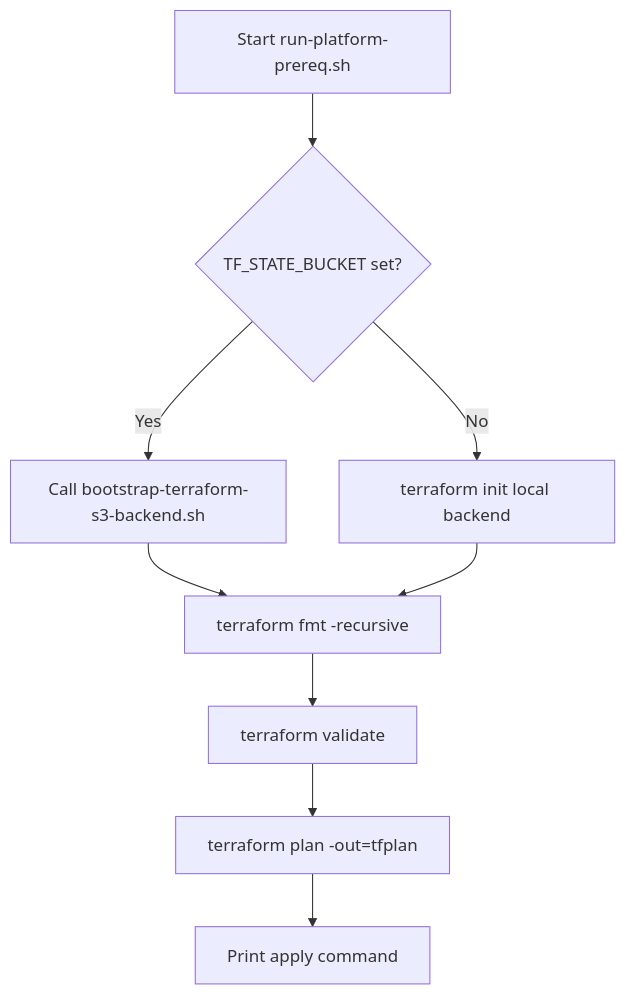
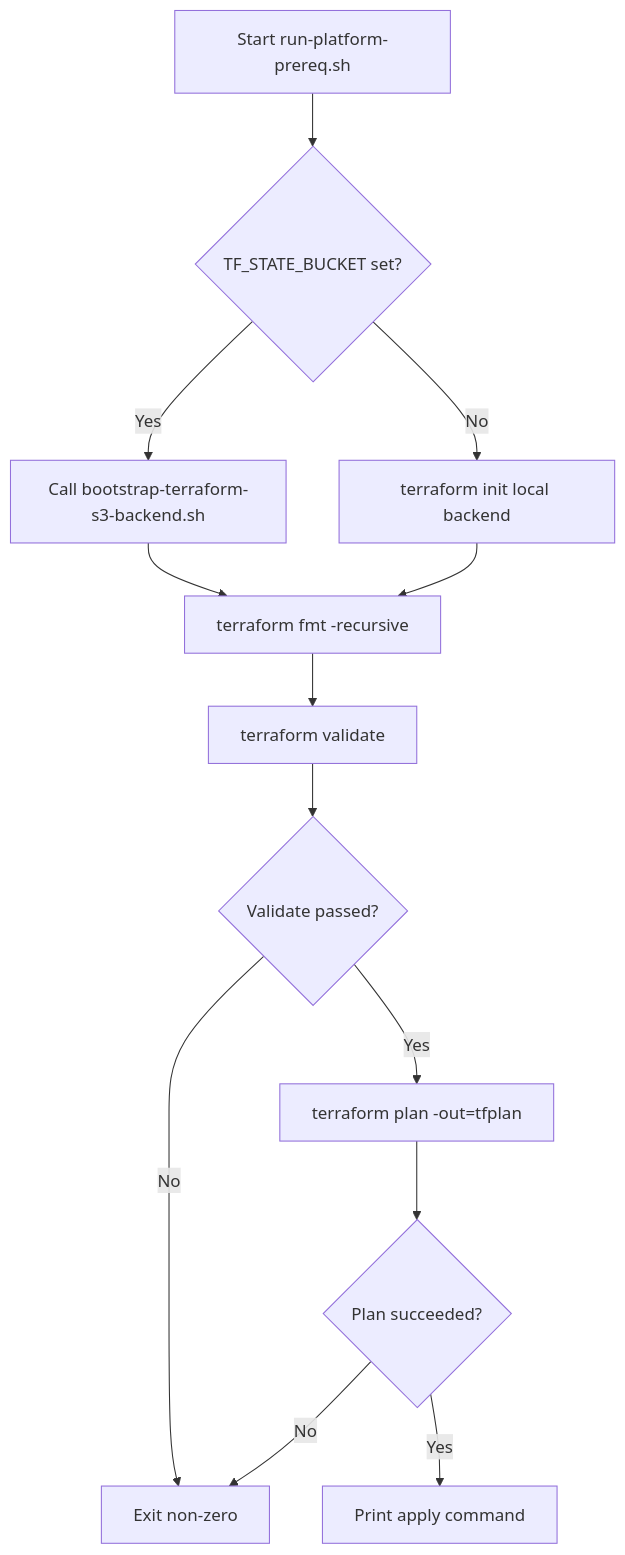
One commit to sml-global/mongodb changed the third of 8 diagrams in platform-prerequisites/terraform/README.md. Above: the diagram before and after it, drawn with Mermaid. The commit also changed other lines of this file and 2 other files, not shown here.

````diff
--- a/platform-prerequisites/terraform/README.md
+++ b/platform-prerequisites/terraform/README.md
@@ -225,11 +255,15 @@
 ```mermaid
 flowchart TD
   A[Start run-platform-prereq.sh] --> B{TF_STATE_BUCKET set?}
   B -->|Yes| C[Call bootstrap-terraform-s3-backend.sh]
   B -->|No| D[terraform init local backend]
   C --> E[terraform fmt -recursive]
   D --> E
   E --> F[terraform validate]
-  F --> G[terraform plan -out=tfplan]
-  G --> H[Print apply command]
+  F --> G{Validate passed?}
+  G -->|No| X[Exit non-zero]
+  G -->|Yes| H[terraform plan -out=tfplan]
+  H --> I{Plan succeeded?}
+  I -->|No| X
+  I -->|Yes| J[Print apply command]
 ```
````
